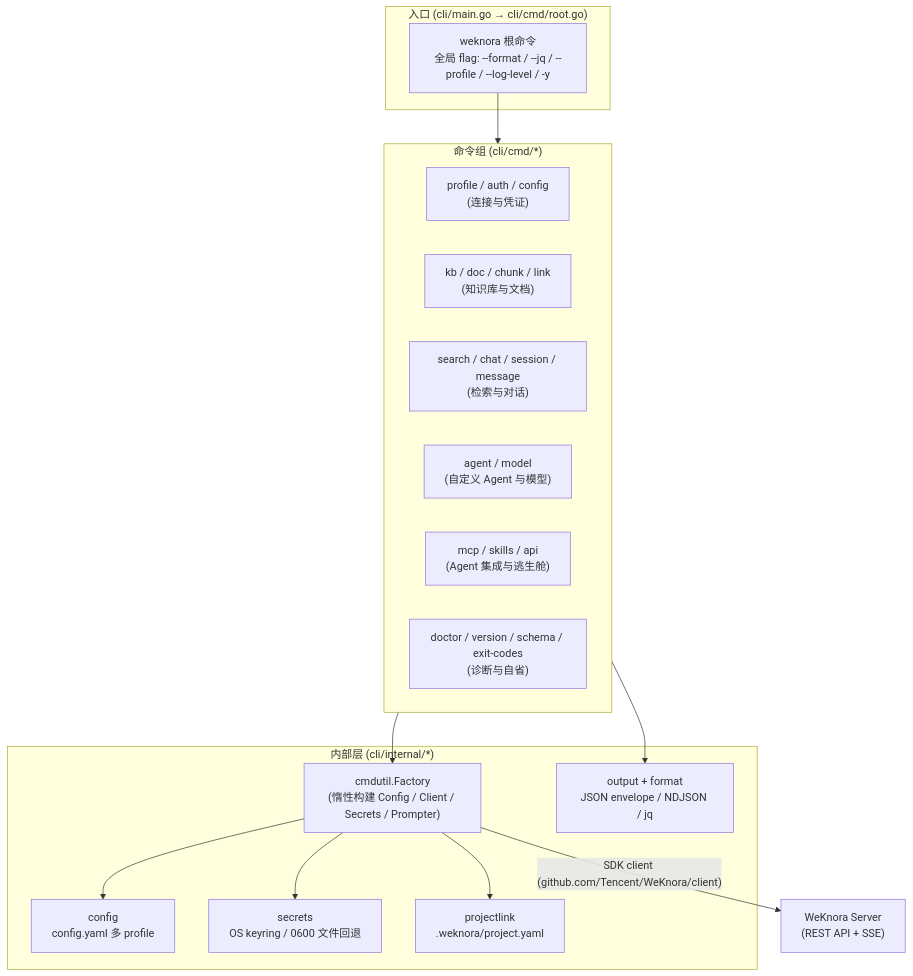
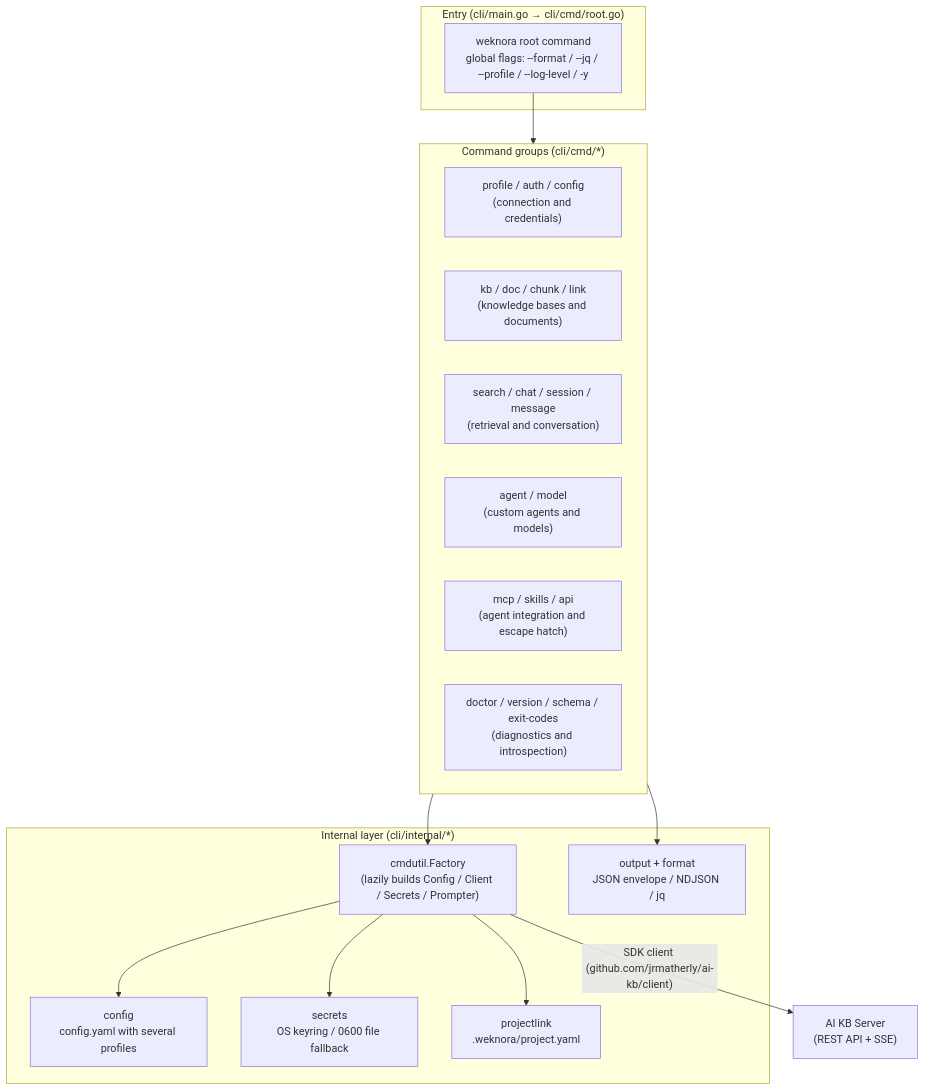
One commit to jrmatherly/ai-kb changed the diagram in website-docs/05-clients/02-cli.md. Above: the diagram before and after it, drawn with Mermaid. The commit also changed other lines of this file and 7 other files, not shown here.

First line of the commit message:
docs(clients,development): translate frontend, CLI, Go SDK, database schema, extension points

````diff
--- a/website-docs/05-clients/02-cli.md
+++ b/website-docs/05-clients/02-cli.md
@@ -22,33 +24,33 @@
 ```mermaid
 flowchart TB
-    subgraph entry["入口 (cli/main.go → cli/cmd/root.go)"]
-        R["weknora 根命令<br/>全局 flag: --format / --jq / --profile / --log-level / -y"]
+    subgraph entry["Entry (cli/main.go → cli/cmd/root.go)"]
+        R["weknora root command<br/>global flags: --format / --jq / --profile / --log-level / -y"]
     end
 
-    subgraph groups["命令组 (cli/cmd/*)"]
-        G1["profile / auth / config<br/>(连接与凭证)"]
-        G2["kb / doc / chunk / link<br/>(知识库与文档)"]
-        G3["search / chat / session / message<br/>(检索与对话)"]
-        G4["agent / model<br/>(自定义 Agent 与模型)"]
-        G5["mcp / skills / api<br/>(Agent 集成与逃生舱)"]
-        G6["doctor / version / schema / exit-codes<br/>(诊断与自省)"]
+    subgraph groups["Command groups (cli/cmd/*)"]
+        G1["profile / auth / config<br/>(connection and credentials)"]
+        G2["kb / doc / chunk / link<br/>(knowledge bases and documents)"]
+        G3["search / chat / session / message<br/>(retrieval and conversation)"]
+        G4["agent / model<br/>(custom agents and models)"]
+        G5["mcp / skills / api<br/>(agent integration and escape hatch)"]
+        G6["doctor / version / schema / exit-codes<br/>(diagnostics and introspection)"]
     end
 
-    subgraph internal["内部层 (cli/internal/*)"]
-        F["cmdutil.Factory<br/>(惰性构建 Config / Client / Secrets / Prompter)"]
-        C["config<br/>config.yaml 多 profile"]
-        S["secrets<br/>OS keyring / 0600 文件回退"]
+    subgraph internal["Internal layer (cli/internal/*)"]
+        F["cmdutil.Factory<br/>(lazily builds Config / Client / Secrets / Prompter)"]
+        C["config<br/>config.yaml with several profiles"]
+        S["secrets<br/>OS keyring / 0600 file fallback"]
         P["projectlink<br/>.weknora/project.yaml"]
         O["output + format<br/>JSON envelope / NDJSON / jq"]
     end
 
-    SRV["WeKnora Server<br/>(REST API + SSE)"]
+    SRV["AI KB Server<br/>(REST API + SSE)"]
 
     R --> groups
     groups --> F
     F --> C
     F --> S
     F --> P
     groups --> O
-    F -->|"SDK client (github.com/Tencent/WeKnora/client)"| SRV
+    F -->|"SDK client (github.com/jrmatherly/ai-kb/client)"| SRV
 ```
````
